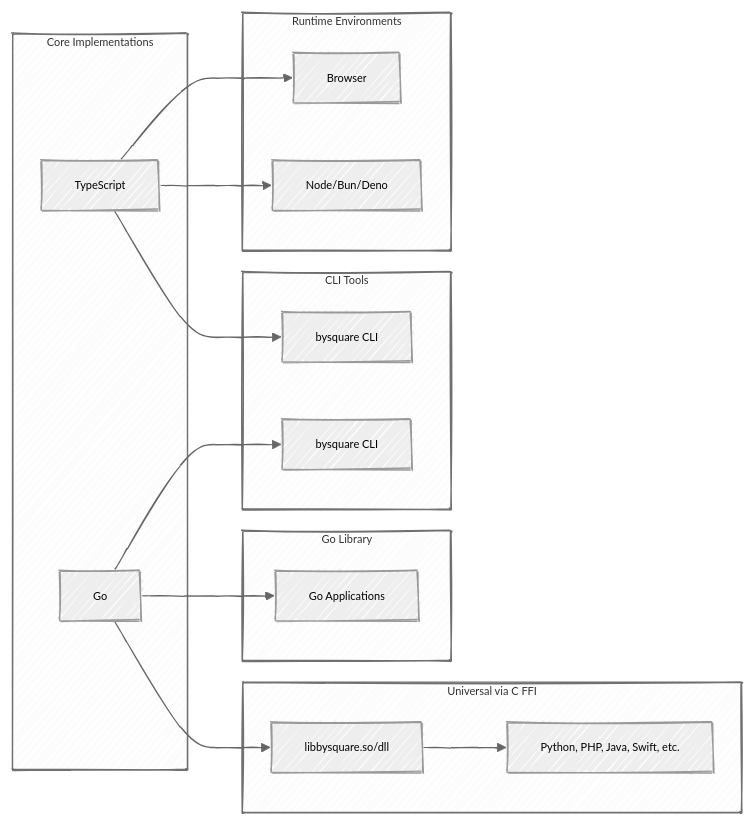
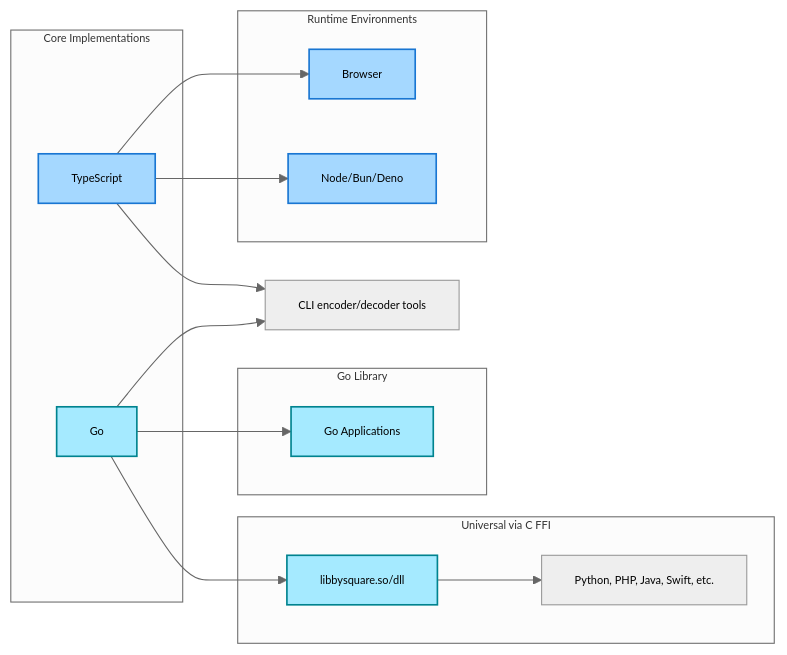
Before and after one commit to xseman/bysquare: the diagram in README.md, drawn with Mermaid. The commit also changed other lines of this file and 34 other files, not shown here.

````diff
--- a/README.md
+++ b/README.md
@@ -31,35 +32,39 @@
 ```mermaid
 ---
 config:
   theme: neutral
-  look: handDrawn
   themeVariables:
     fontFamily: monospace
     fontSize: "10px"
 ---
 
 flowchart LR
     subgraph Core["Core Implementations"]
         TS[TypeScript]
         GO[Go]
     end
 
     subgraph Runtime["Runtime Environments"]
         TS --> Browser
         TS --> Node/Bun/Deno
     end
 
-    subgraph Tools["CLI Tools"]
-        TS --> TS_CLI[bysquare CLI]
-        GO --> GO_CLI[bysquare CLI]
-    end
+    TS & GO --> CLI[CLI encoder/decoder tools]
 
     subgraph Native["Go Library"]
         GO --> GO_LIB[Go Applications]
     end
 
     subgraph FFI["Universal via C FFI"]
         GO --> CFFI[libbysquare.so/dll]
         CFFI --> ANY[Python, PHP, Java, Swift, etc.]
     end
+
+    style TS fill:#A5D8FF,stroke:#1976D2,stroke-width:1.5px
+    style Browser fill:#A5D8FF,stroke:#1976D2,stroke-width:1.5px
+    style Node/Bun/Deno fill:#A5D8FF,stroke:#1976D2,stroke-width:1.5px
+
+    style GO fill:#A5EAFF,stroke:#00838F,stroke-width:1.5px
+    style GO_LIB fill:#A5EAFF,stroke:#00838F,stroke-width:1.5px
+    style CFFI fill:#A5EAFF,stroke:#00838F,stroke-width:1.5px
 ```
````
